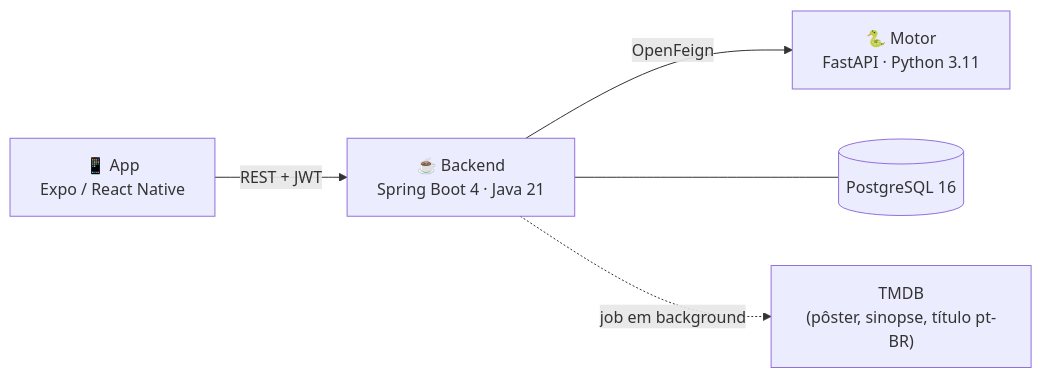
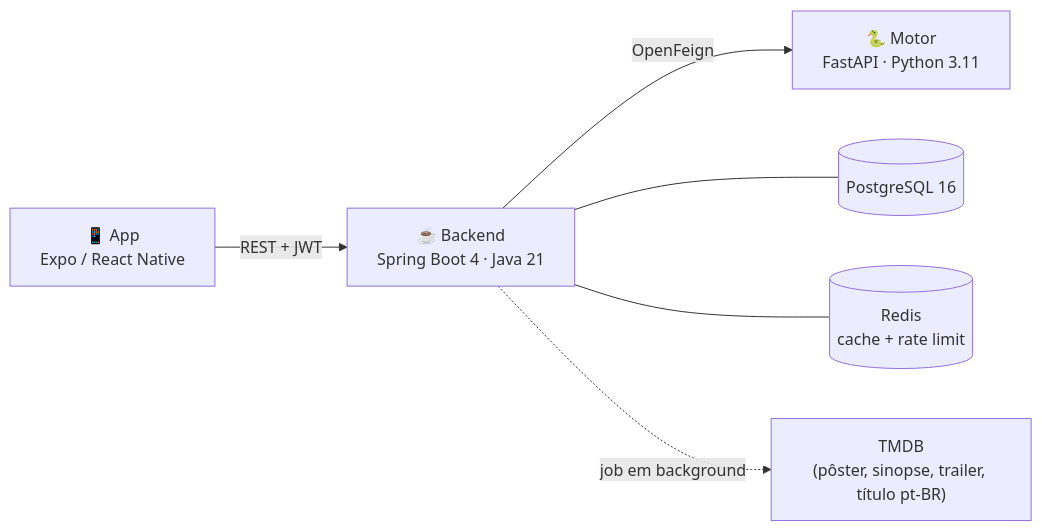
Before and after one commit to fpp-7/nextScene: the diagram in README.md, drawn with Mermaid. The commit also changed other lines of this file and 64 other files, not shown here.

````diff
--- a/README.md
+++ b/README.md
@@ -10,13 +10,15 @@
 ```mermaid
 graph LR
     APP["📱 App<br/>Expo / React Native"]
     BE["☕ Backend<br/>Spring Boot 4 · Java 21"]
     RE["🐍 Motor<br/>FastAPI · Python 3.11"]
     DB[("PostgreSQL 16")]
-    TMDB["TMDB<br/>(pôster, sinopse, título pt-BR)"]
+    REDIS[("Redis<br/>cache + rate limit")]
+    TMDB["TMDB<br/>(pôster, sinopse, trailer, título pt-BR)"]
 
     APP -->|"REST + JWT"| BE
     BE -->|OpenFeign| RE
     BE --- DB
+    BE --- REDIS
     BE -.->|"job em background"| TMDB
 ```
````
